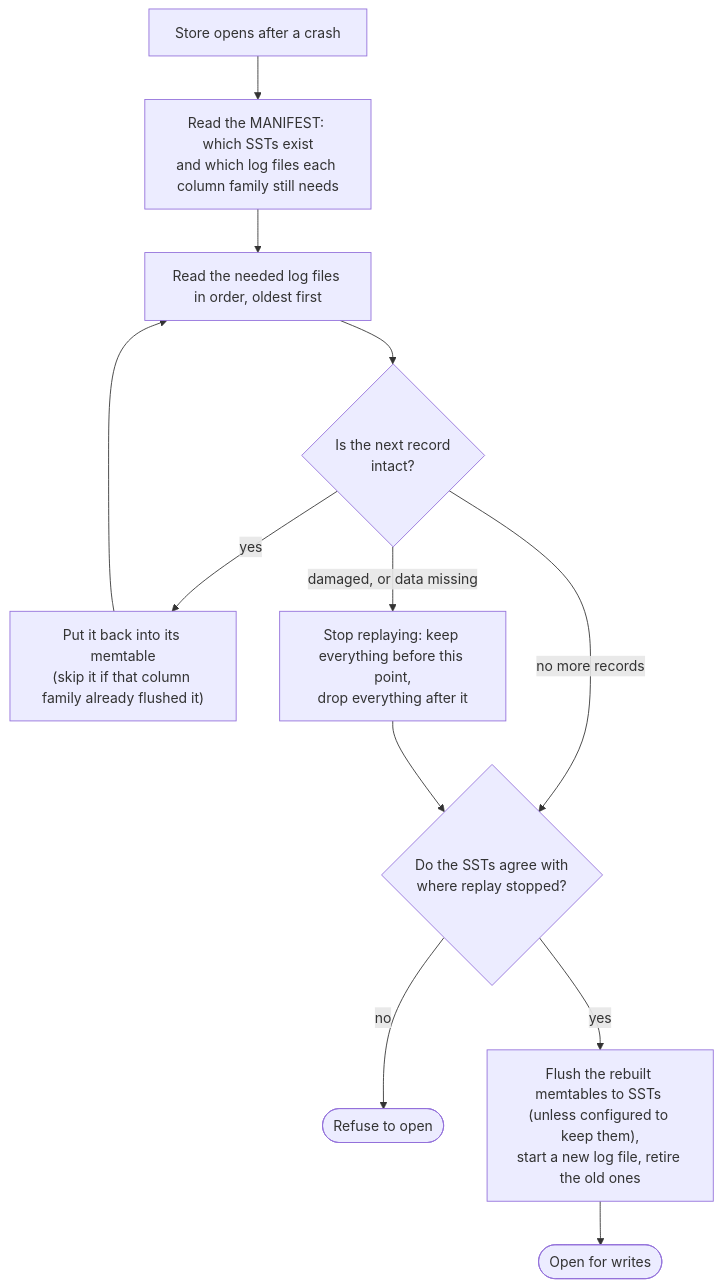
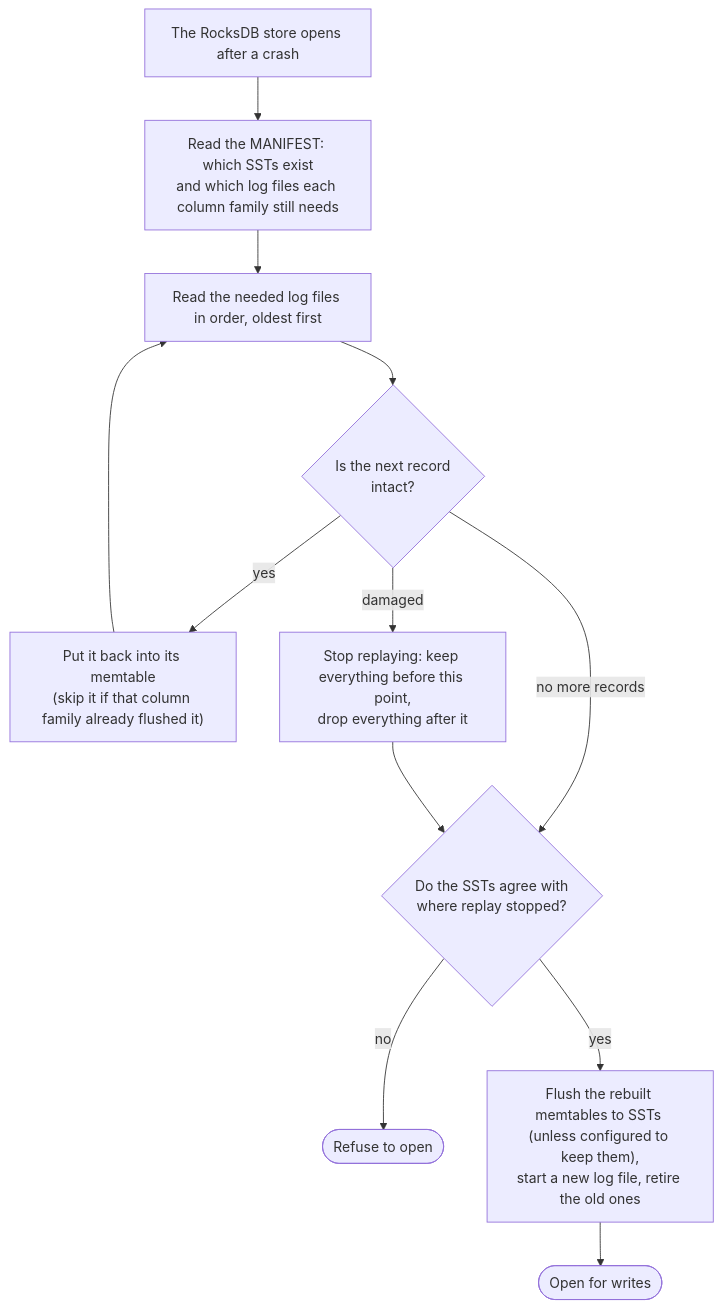
Before and after one commit to rupashreeh/verify_compaction: the third of 3 diagrams in algorithm/wal/wal.md, drawn with Mermaid. The commit also changed other lines of this file and 18 other files, not shown here.

````diff
--- a/algorithm/wal/wal.md
+++ b/algorithm/wal/wal.md
@@ -175,14 +175,14 @@
 ```mermaid
 flowchart TD
-    S["Store opens after a crash"] --> M["Read the MANIFEST: which SSTs exist<br/>and which log files each column family still needs"]
+    S["The RocksDB store opens after a crash"] --> M["Read the MANIFEST: which SSTs exist<br/>and which log files each column family still needs"]
     M --> R["Read the needed log files in order, oldest first"]
     R --> Q{"Is the next record<br/>intact?"}
     Q -- "yes" --> I["Put it back into its memtable<br/>(skip it if that column family already flushed it)"]
     I --> R
-    Q -- "damaged, or data missing" --> P["Stop replaying: keep everything before this point,<br/>drop everything after it"]
+    Q -- "damaged" --> P["Stop replaying: keep everything before this point,<br/>drop everything after it"]
     Q -- "no more records" --> C
     P --> C{"Do the SSTs agree with<br/>where replay stopped?"}
     C -- "no" --> F(["Refuse to open"])
     C -- "yes" --> L["Flush the rebuilt memtables to SSTs (unless configured to keep them),<br/>start a new log file, retire the old ones"]
     L --> O(["Open for writes"])
 ```
````
